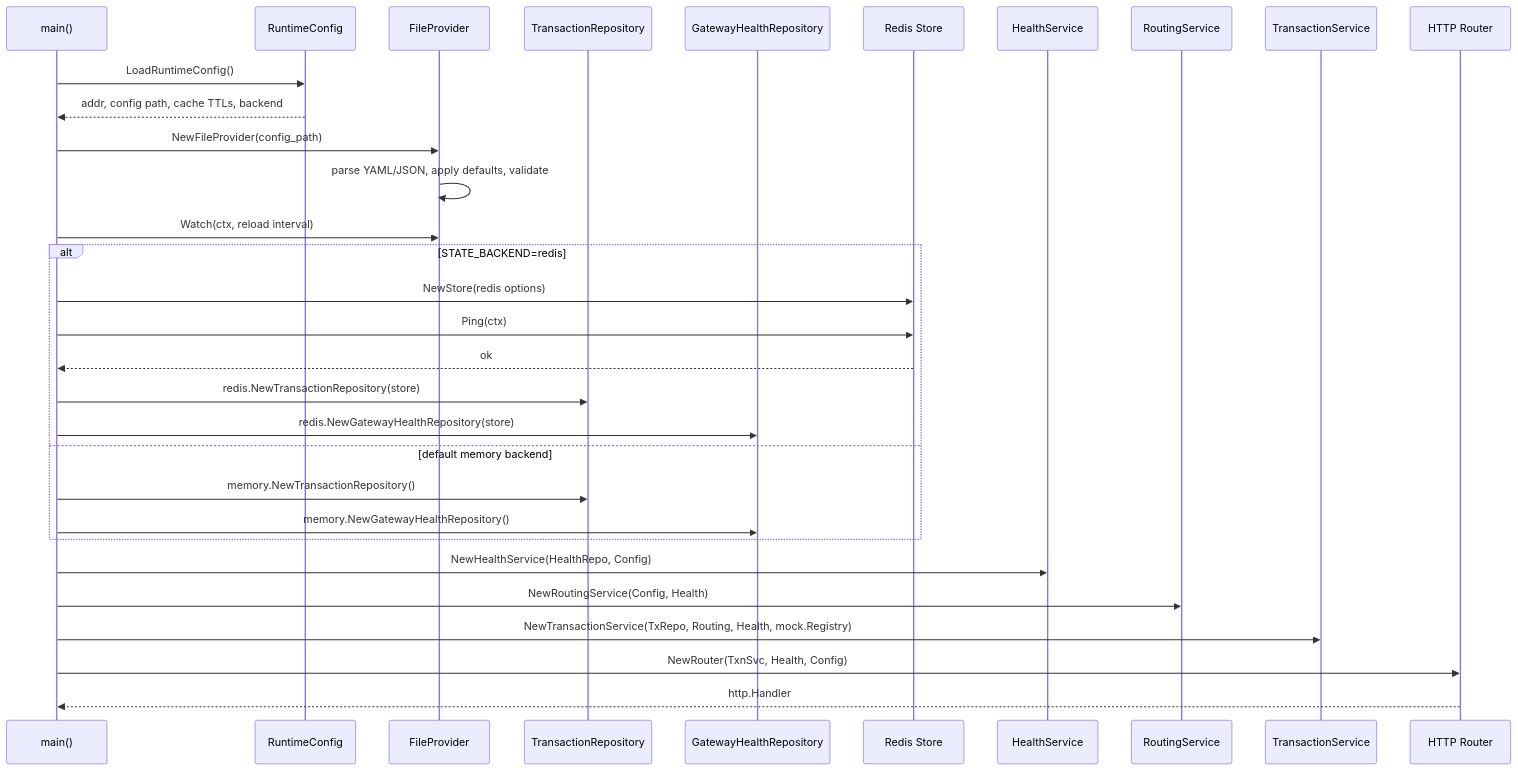
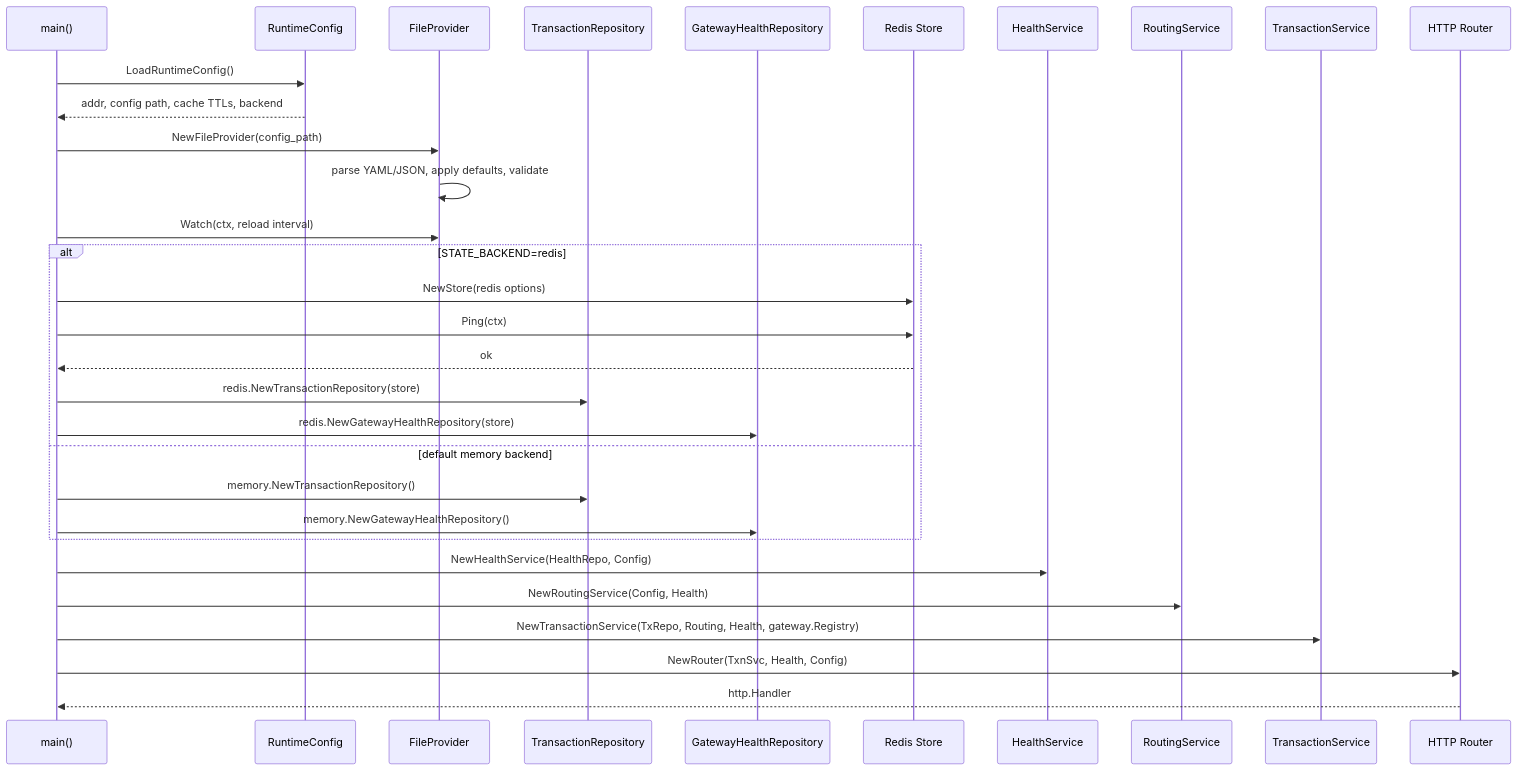
Before and after one commit to aakashsankritya/payment-gateway-router: the first of 8 diagrams in README.md, drawn with Mermaid. The commit also changed 20 other files, not shown here.

````diff
--- a/README.md
+++ b/README.md
@@ -140,36 +140,36 @@
 ```mermaid
 sequenceDiagram
     participant Main as main()
     participant Runtime as RuntimeConfig
     participant Config as FileProvider
     participant TxRepo as TransactionRepository
     participant HealthRepo as GatewayHealthRepository
     participant Redis as Redis Store
     participant Health as HealthService
     participant Routing as RoutingService
     participant TxnSvc as TransactionService
     participant Router as HTTP Router
 
     Main->>Runtime: LoadRuntimeConfig()
     Runtime-->>Main: addr, config path, cache TTLs, backend
     Main->>Config: NewFileProvider(config_path)
     Config->>Config: parse YAML/JSON, apply defaults, validate
     Main->>Config: Watch(ctx, reload interval)
 
     alt STATE_BACKEND=redis
         Main->>Redis: NewStore(redis options)
         Main->>Redis: Ping(ctx)
         Redis-->>Main: ok
         Main->>TxRepo: redis.NewTransactionRepository(store)
         Main->>HealthRepo: redis.NewGatewayHealthRepository(store)
     else default memory backend
         Main->>TxRepo: memory.NewTransactionRepository()
         Main->>HealthRepo: memory.NewGatewayHealthRepository()
     end
 
     Main->>Health: NewHealthService(HealthRepo, Config)
     Main->>Routing: NewRoutingService(Config, Health)
-    Main->>TxnSvc: NewTransactionService(TxRepo, Routing, Health, mock.Registry)
+    Main->>TxnSvc: NewTransactionService(TxRepo, Routing, Health, gateway.Registry)
     Main->>Router: NewRouter(TxnSvc, Health, Config)
     Router-->>Main: http.Handler
 ```
````
